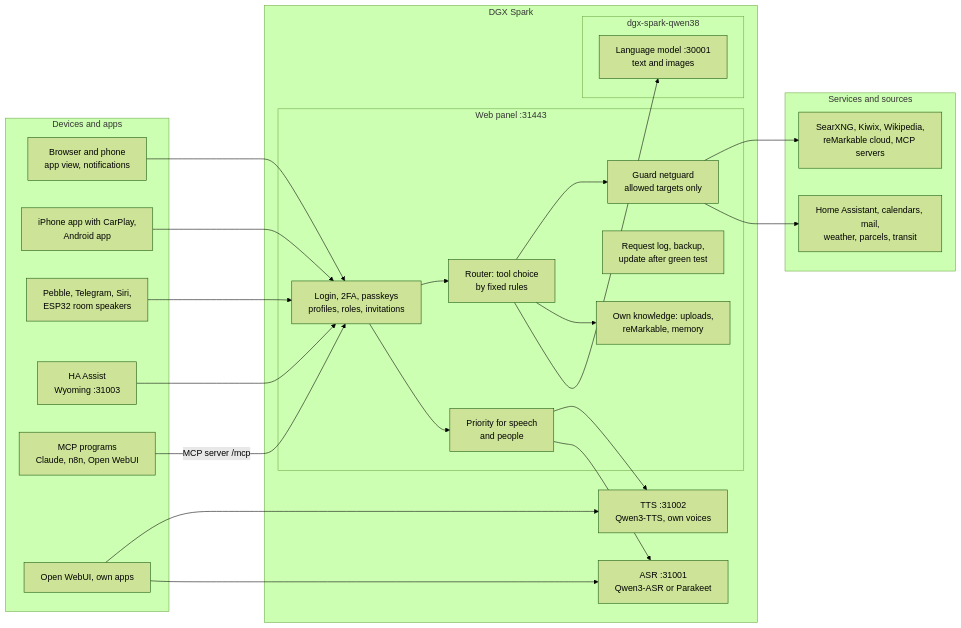
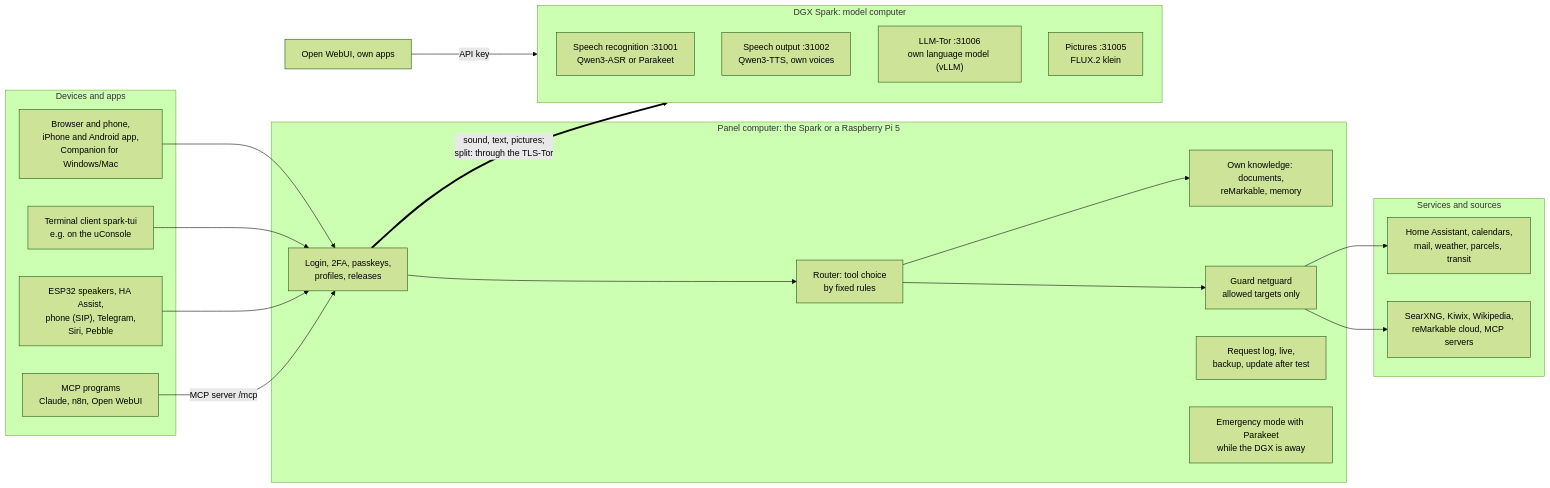
One commit to db9979/speech-on-dgx-spark changed the diagram in README.md. Above: the diagram before and after it, drawn with Mermaid (forest theme). The commit also changed other lines of this file and 9 other files, not shown here.

First line of the commit message:
V01.0.667 README: new diagram with panel computer and model computer, own language model, three screenshots

````diff
--- a/README.md
+++ b/README.md
@@ -52,46 +58,39 @@
 ```mermaid
 flowchart LR
   subgraph Clients["Devices and apps"]
-    B["Browser and phone<br/>app view, notifications"]
-    APP["iPhone app with CarPlay,<br/>Android app"]
-    X["Pebble, Telegram, Siri,<br/>ESP32 room speakers"]
-    W["HA Assist<br/>Wyoming :31003"]
+    B["Browser and phone,<br/>iPhone and Android app,<br/>Companion for Windows/Mac"]
+    T["Terminal client spark-tui<br/>e.g. on the uConsole"]
+    X["ESP32 speakers, HA Assist,<br/>phone (SIP), Telegram,<br/>Siri, Pebble"]
     M["MCP programs<br/>Claude, n8n, Open WebUI"]
-    A["Open WebUI, own apps"]
   end
-  subgraph Spark["DGX Spark"]
-    subgraph P["Web panel :31443"]
-      G["Login, 2FA, passkeys<br/>profiles, roles, invitations"]
-      R["Router: tool choice<br/>by fixed rules"]
-      V["Priority for speech<br/>and people"]
-      K["Own knowledge: uploads,<br/>reMarkable, memory"]
-      LOG["Request log, backup,<br/>update after green test"]
-      S["Guard netguard<br/>allowed targets only"]
-    end
-    ASR["ASR :31001<br/>Qwen3-ASR or Parakeet"]
-    TTS["TTS :31002<br/>Qwen3-TTS, own voices"]
-    subgraph Q38["dgx-spark-qwen38"]
-      LLM["Language model :30001<br/>text and images"]
-    end
+  subgraph Panel["Panel computer: the Spark or a Raspberry Pi 5"]
+    G["Login, 2FA, passkeys,<br/>profiles, releases"]
+    R["Router: tool choice<br/>by fixed rules"]
+    K["Own knowledge: documents,<br/>reMarkable, memory"]
+    S["Guard netguard<br/>allowed targets only"]
+    LOG["Request log, live,<br/>backup, update after test"]
+    NB["Emergency mode with Parakeet<br/>while the DGX is away"]
+  end
+  subgraph Spark["DGX Spark: model computer"]
+    ASR["Speech recognition :31001<br/>Qwen3-ASR or Parakeet"]
+    TTS["Speech output :31002<br/>Qwen3-TTS, own voices"]
+    LLM["LLM-Tor :31006<br/>own language model (vLLM)"]
+    IMG["Pictures :31005<br/>FLUX.2 klein"]
   end
   subgraph Out["Services and sources"]
-    E["Home Assistant, calendars, mail,<br/>weather, parcels, transit"]
+    E["Home Assistant, calendars,<br/>mail, weather, parcels, transit"]
     Q["SearXNG, Kiwix, Wikipedia,<br/>reMarkable cloud, MCP servers"]
   end
+  A["Open WebUI, own apps"]
   B --> G
-  APP --> G
+  T --> G
   X --> G
-  W --> G
   M -->|"MCP server /mcp"| G
-  A --> ASR
-  A --> TTS
-  G --> V
   G --> R
-  V --> ASR
-  V --> TTS
-  R --> LLM
   R --> K
   R --> S
   S --> E
   S --> Q
+  G ==>|"sound, text, pictures;<br/>split: through the TLS-Tor"| Spark
+  A -->|"API key"| Spark
 ```
````
